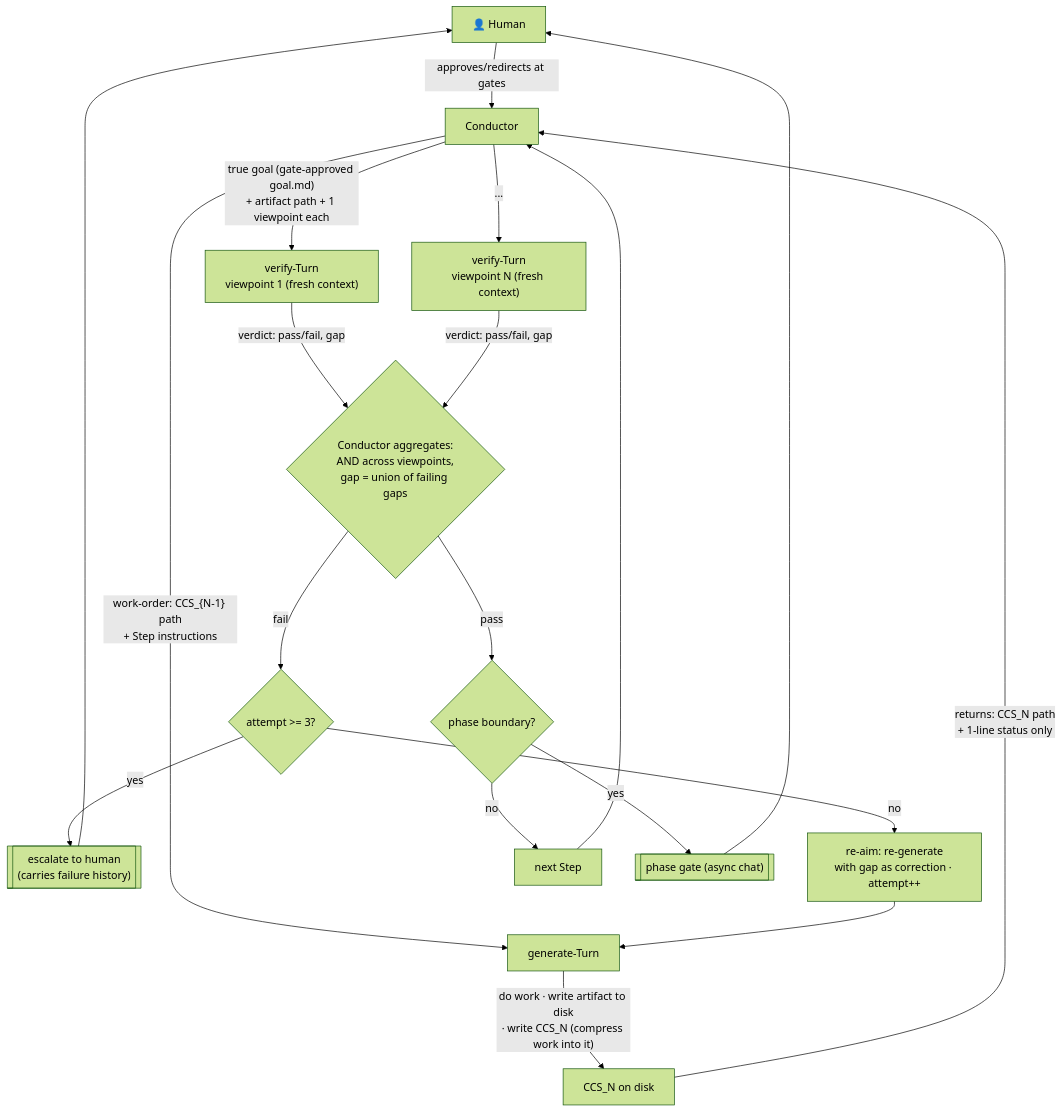
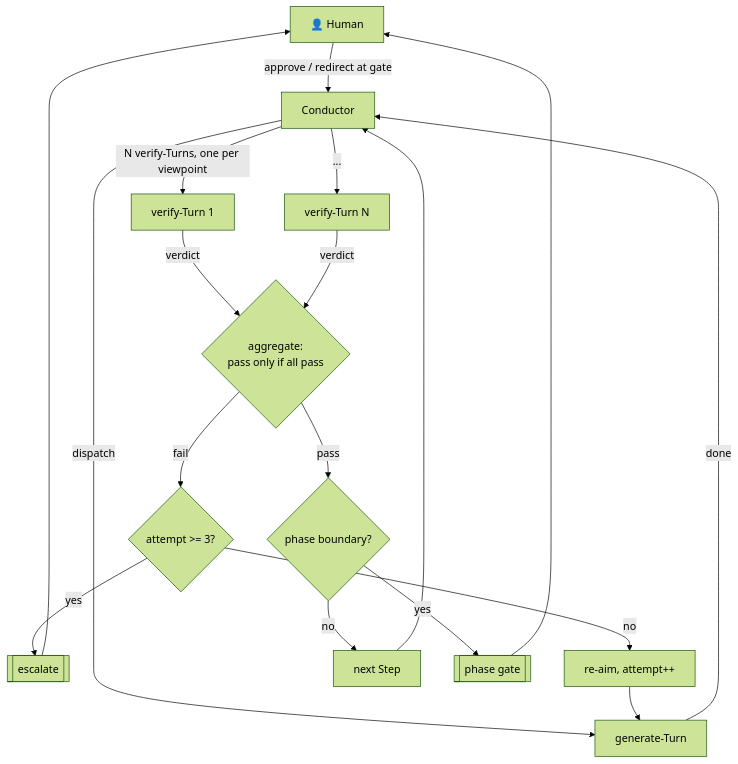
Before and after one commit to lovaizu/ccpm: the second of 2 diagrams in aiya/docs/design.md, drawn with Mermaid (forest theme). The commit also changed other lines of this file, not shown here.

First line of the commit message:
docs(aiya): strip §3.3's diagram to sequence/branching only, drop payload dup with §4

````diff
--- a/aiya/docs/design.md
+++ b/aiya/docs/design.md
@@ -167,21 +168,20 @@
 ```mermaid
 flowchart TD
-    H["👤 Human"] -->|"approves/redirects at gates"| C["Conductor"]
-    C -->|"work-order: CCS_{N-1} path<br/>+ Step instructions"| G["generate-Turn"]
-    G -->|"do work · write artifact to disk<br/>· write CCS_N (compress work into it)"| O["CCS_N on disk"]
-    O -->|"returns: CCS_N path<br/>+ 1-line status only"| C
-    C -->|"true goal (gate-approved goal.md)<br/>+ artifact path + 1 viewpoint each"| V1["verify-Turn<br/>viewpoint 1 (fresh context)"]
-    C -->|"..."| VN["verify-Turn<br/>viewpoint N (fresh context)"]
-    V1 -->|"verdict: pass/fail, gap"| AGG{"Conductor aggregates:<br/>AND across viewpoints,<br/>gap = union of failing gaps"}
-    VN -->|"verdict: pass/fail, gap"| AGG
+    H["👤 Human"] -->|"approve / redirect at gate"| C["Conductor"]
+    C -->|"dispatch"| G["generate-Turn"]
+    G -->|"done"| C
+    C -->|"N verify-Turns, one per viewpoint"| V1["verify-Turn 1"]
+    C -->|"..."| VN["verify-Turn N"]
+    V1 -->|"verdict"| AGG{"aggregate:<br/>pass only if all pass"}
+    VN -->|"verdict"| AGG
     AGG -->|"fail"| CAP{"attempt >= 3?"}
-    CAP -->|"yes"| ESC[["escalate to human<br/>(carries failure history)"]]
-    CAP -->|"no"| RA["re-aim: re-generate<br/>with gap as correction · attempt++"]
+    CAP -->|"yes"| ESC[["escalate"]]
+    CAP -->|"no"| RA["re-aim, attempt++"]
     RA --> G
     AGG -->|"pass"| B{"phase boundary?"}
     B -->|"no"| NS["next Step"]
     NS --> C
-    B -->|"yes"| GATE[["phase gate (async chat)"]]
+    B -->|"yes"| GATE[["phase gate"]]
     GATE --> H
     ESC --> H
 ```
````
